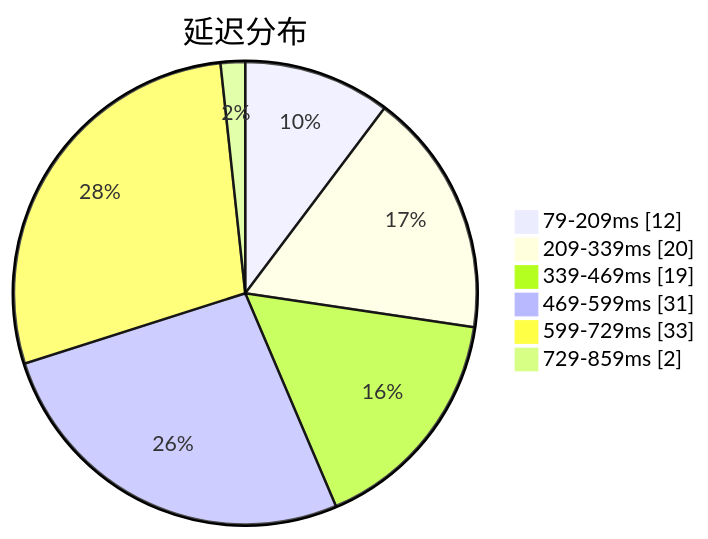
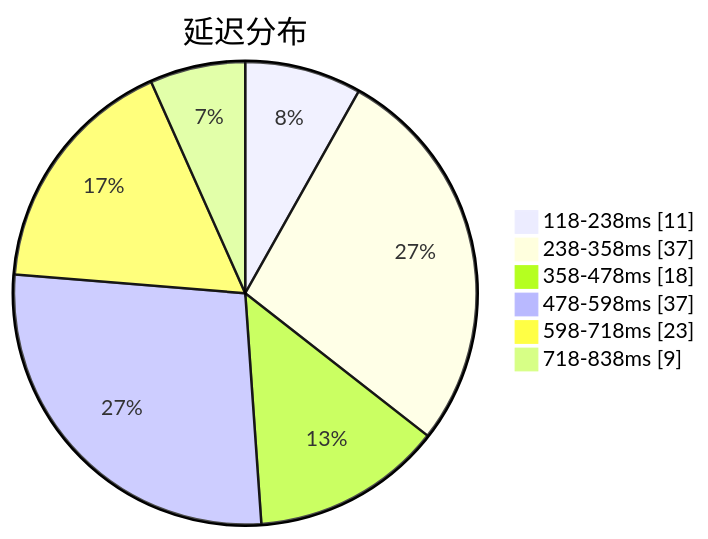
Before and after one commit to sinspired/airport: the first of 3 diagrams in subs/statistics/tested_within.md, drawn with Mermaid. The commit also changed other lines of this file and 2 other files, not shown here.

````diff
--- a/subs/statistics/tested_within.md
+++ b/subs/statistics/tested_within.md
@@ -2,10 +2,10 @@
 ```mermaid
 pie showData
 title 延迟分布
-"79-209ms" : 12
-"209-339ms" : 20
-"339-469ms" : 19
-"469-599ms" : 31
-"599-729ms" : 33
-"729-859ms" : 2
+"118-238ms" : 11
+"238-358ms" : 37
+"358-478ms" : 18
+"478-598ms" : 37
+"598-718ms" : 23
+"718-838ms" : 9
 ```
````
